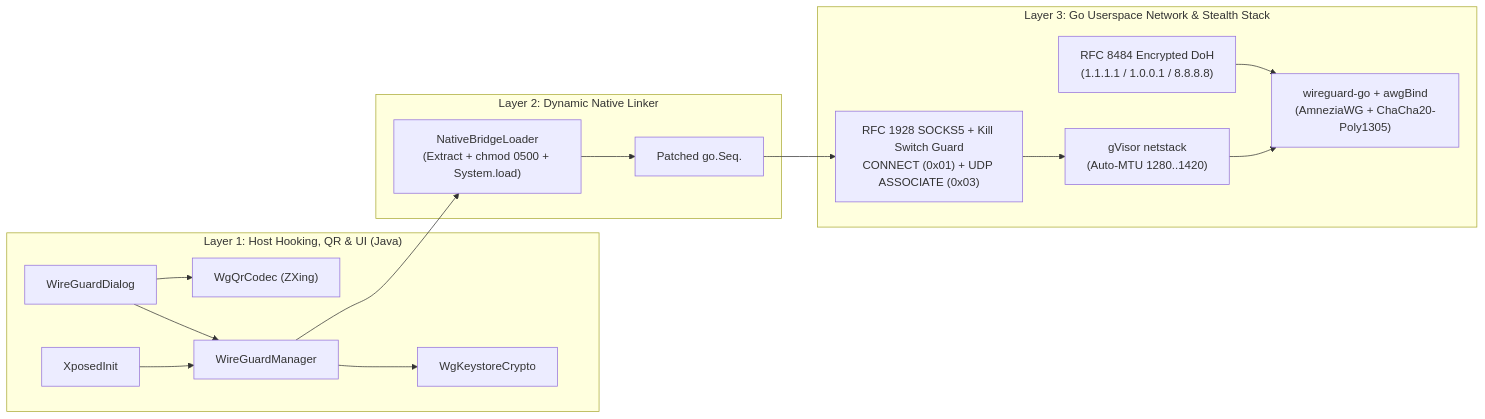
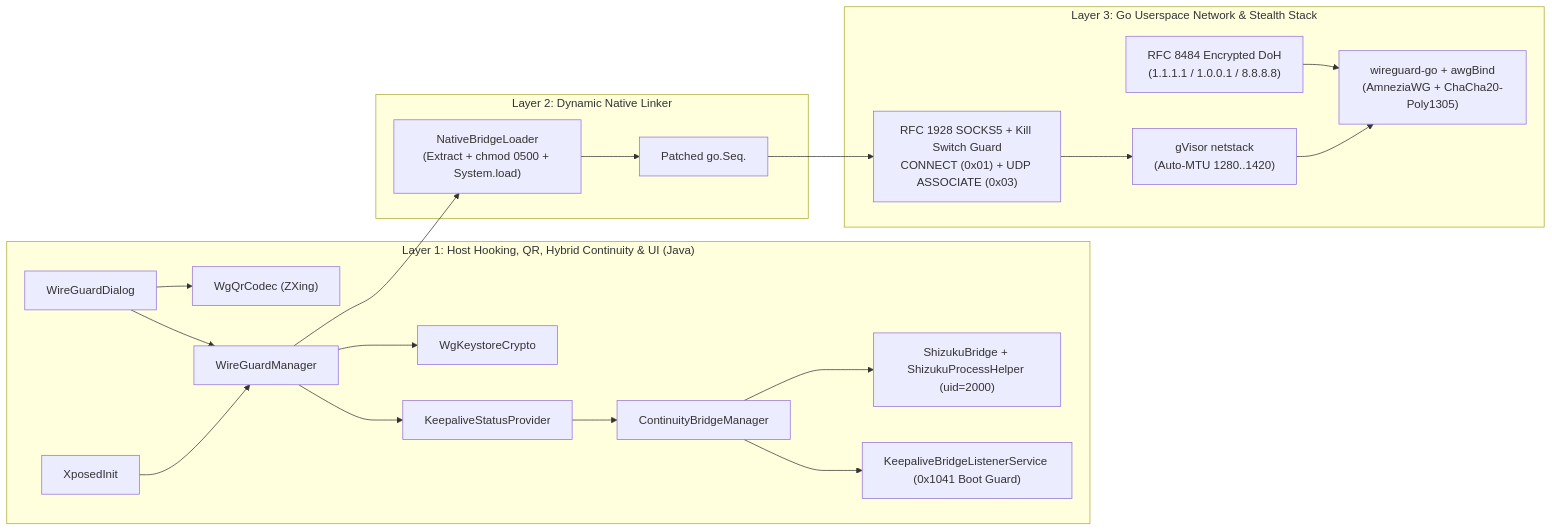
One commit to AliHaider704/wgplus changed the diagram in docs/ARCHITECTURE.md. Above: the diagram before and after it, drawn with Mermaid. The commit also changed 2 other files, not shown here.

Commit message:
docs: fix Releases links, expand Arabic docs index, and update Architecture Mermaid diagram for v1.4.0

````diff
--- a/docs/ARCHITECTURE.md
+++ b/docs/ARCHITECTURE.md
@@ -17,33 +17,41 @@
 ```mermaid
 flowchart LR
-    subgraph L1["Layer 1: Host Hooking, QR & UI (Java)"]
+    subgraph L1["Layer 1: Host Hooking, QR, Hybrid Continuity & UI (Java)"]
         XP["XposedInit"]
         DLG["WireGuardDialog"]
         QR["WgQrCodec (ZXing)"]
         MGR["WireGuardManager"]
         KS["WgKeystoreCrypto"]
+        KSP["KeepaliveStatusProvider"]
+        CBM["ContinuityBridgeManager"]
+        SHZ["ShizukuBridge + ShizukuProcessHelper (uid=2000)"]
+        KBL["KeepaliveBridgeListenerService (0x1041 Boot Guard)"]
     end
 
     subgraph L2["Layer 2: Dynamic Native Linker"]
         NBL["NativeBridgeLoader\n(Extract + chmod 0500 + System.load)"]
         SEQ["Patched go.Seq.<clinit>"]
     end
 
     subgraph L3["Layer 3: Go Userspace Network & Stealth Stack"]
         S5["RFC 1928 SOCKS5 + Kill Switch Guard\nCONNECT (0x01) + UDP ASSOCIATE (0x03)"]
         NS["gVisor netstack\n(Auto-MTU 1280..1420)"]
         WG["wireguard-go + awgBind\n(AmneziaWG + ChaCha20-Poly1305)"]
         DOH["RFC 8484 Encrypted DoH\n(1.1.1.1 / 1.0.0.1 / 8.8.8.8)"]
     end
 
     XP --> MGR
     DLG --> MGR
     DLG --> QR
     MGR --> KS
+    MGR --> KSP
+    KSP --> CBM
+    CBM --> SHZ
+    CBM --> KBL
     MGR --> NBL
     NBL --> SEQ
     SEQ --> S5
     S5 --> NS
     NS --> WG
     DOH --> WG
 ```
````
